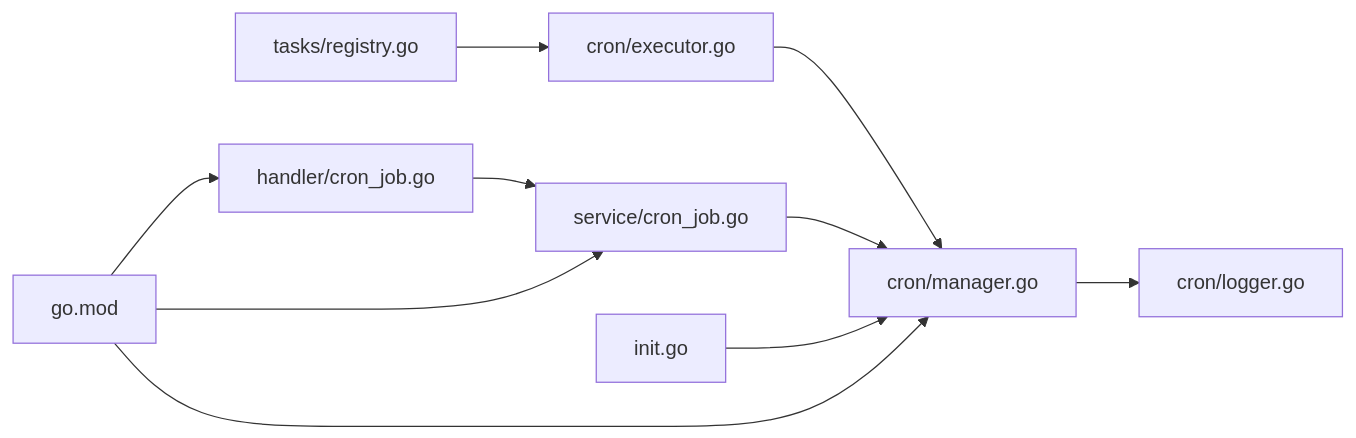
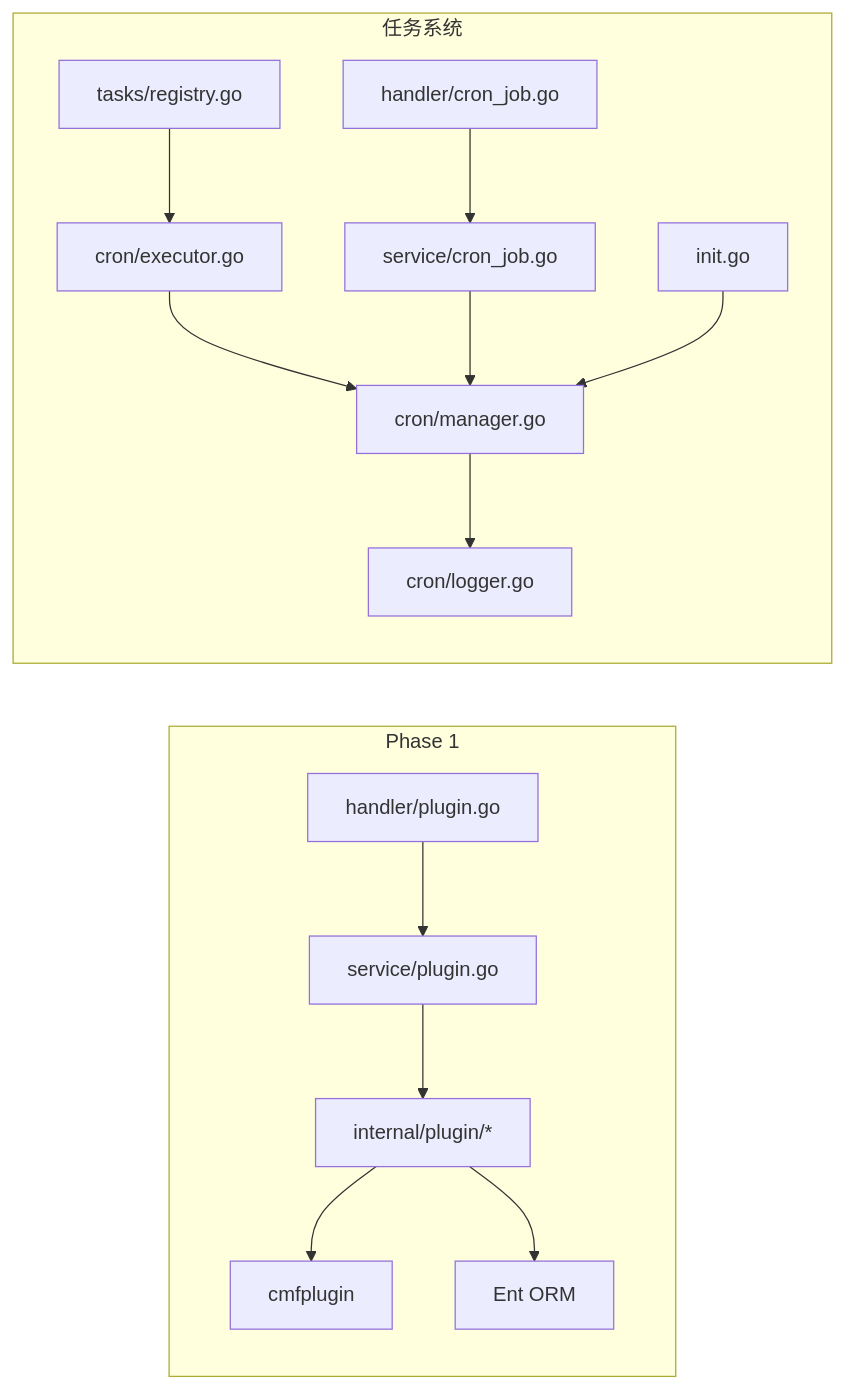
One commit to wuwuseo/e-sports-go-admin changed the ninth of 9 diagrams in .qoder/repowiki/zh/content/扩展开发/插件开发.md. Above: the diagram before and after it, drawn with Mermaid. The commit also changed other lines of this file and 42 other files, not shown here.

````diff
--- a/.qoder/repowiki/zh/content/扩展开发/插件开发.md
+++ b/.qoder/repowiki/zh/content/扩展开发/插件开发.md
@@ -291,12 +531,17 @@
 ```mermaid
 graph LR
+subgraph "Phase 1"
+PLUGIN["internal/plugin/*"] --> CMF["cmfplugin"]
+PLUGIN --> ENT["Ent ORM"]
+PLUGIN_SVC["service/plugin.go"] --> PLUGIN
+PLUGIN_HND["handler/plugin.go"] --> PLUGIN_SVC
+end
+subgraph "任务系统"
 REG["tasks/registry.go"] --> EXE["cron/executor.go"]
 EXE --> MAN["cron/manager.go"]
 MAN --> LOG["cron/logger.go"]
 SVC["service/cron_job.go"] --> MAN
 HND["handler/cron_job.go"] --> SVC
 INIT["init.go"] --> MAN
-GO_MOD["go.mod"] --> MAN
-GO_MOD --> SVC
-GO_MOD --> HND
+end
 ```
````
